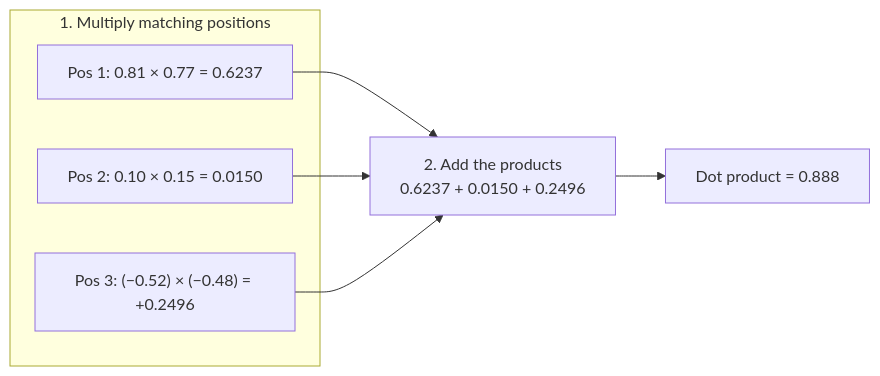
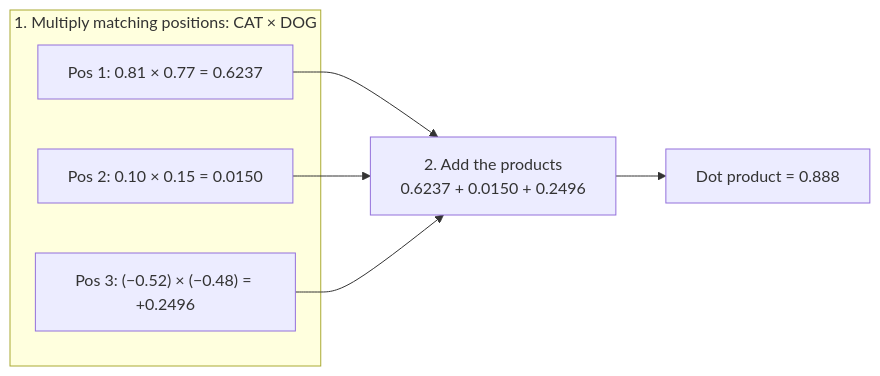
Before and after one commit to alex2t/how-llms-work: the second of 10 diagrams in docs/00-introduction.md, drawn with Mermaid. The commit also changed other lines of this file, not shown here.

````diff
--- a/docs/00-introduction.md
+++ b/docs/00-introduction.md
@@ -58,12 +60,12 @@
 ```mermaid
 flowchart LR
-  subgraph Pair["1. Multiply matching positions"]
+  subgraph Pair["1. Multiply matching positions: CAT × DOG"]
     p1["Pos 1: 0.81 × 0.77 = 0.6237"]
     p2["Pos 2: 0.10 × 0.15 = 0.0150"]
     p3["Pos 3: (−0.52) × (−0.48) = +0.2496"]
   end
   p1 --> Sum["2. Add the products<br/>0.6237 + 0.0150 + 0.2496"]
   p2 --> Sum
   p3 --> Sum
   Sum --> Out["Dot product = 0.888"]
 ```
````
